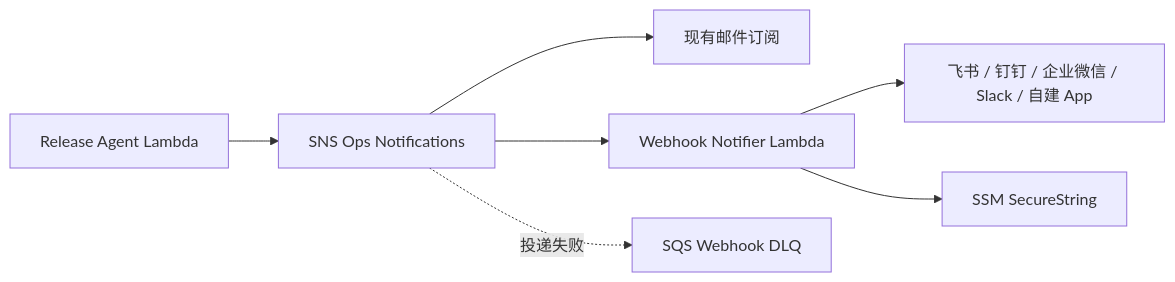
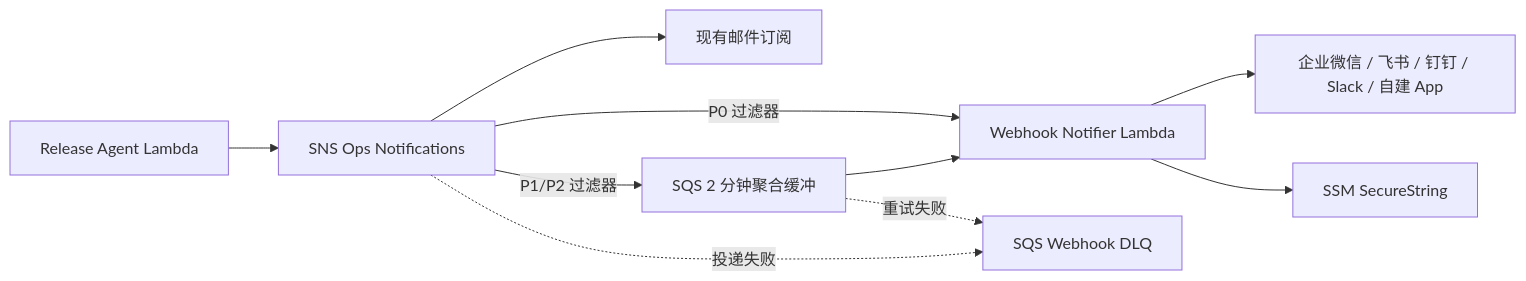
Before and after one commit to fashiontai/bhb-login: the diagram in docs/aiops-app-webhook-notifications.md, drawn with Mermaid. The commit also changed other lines of this file and 5 other files, not shown here.

````diff
--- a/docs/aiops-app-webhook-notifications.md
+++ b/docs/aiops-app-webhook-notifications.md
@@ -17,9 +24,12 @@
 ```mermaid
 flowchart LR
   RELEASE[Release Agent Lambda] --> TOPIC[SNS Ops Notifications]
   TOPIC --> EMAIL[现有邮件订阅]
-  TOPIC --> WEBHOOK[Webhook Notifier Lambda]
-  WEBHOOK --> APP[飞书 / 钉钉 / 企业微信 / Slack / 自建 App]
+  TOPIC -->|P0 过滤器| WEBHOOK[Webhook Notifier Lambda]
+  TOPIC -->|P1/P2 过滤器| BUFFER[SQS 2 分钟聚合缓冲]
+  BUFFER --> WEBHOOK
+  WEBHOOK --> APP[企业微信 / 飞书 / 钉钉 / Slack / 自建 App]
   TOPIC -. 投递失败 .-> DLQ[SQS Webhook DLQ]
+  BUFFER -. 重试失败 .-> DLQ
   WEBHOOK --> PARAM[SSM SecureString]
 ```
````
